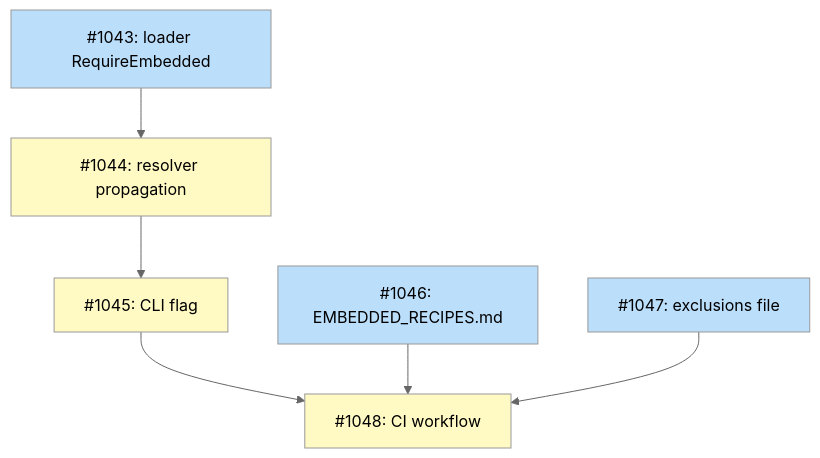
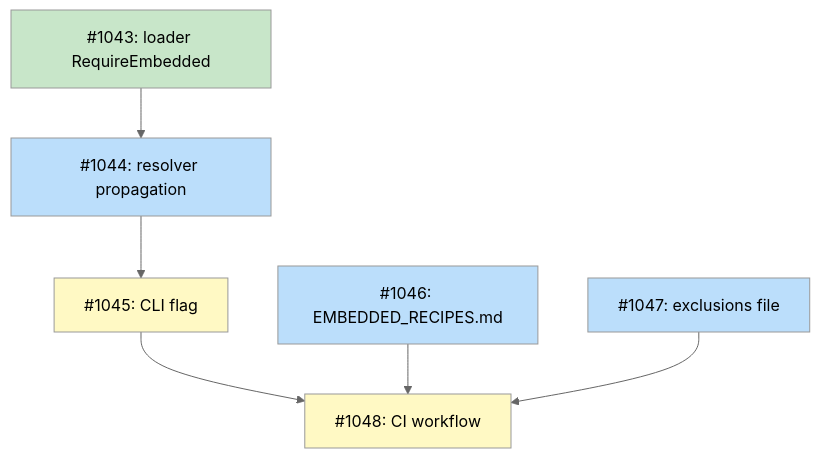
The diagram in docs/designs/DESIGN-embedded-recipe-list.md (tsukumogami/tsuku), drawn with Mermaid (neutral theme) before and after one commit.

Commit message:
docs(design): mark #1043 as done, update dependency status

````diff
--- a/docs/designs/DESIGN-embedded-recipe-list.md
+++ b/docs/designs/DESIGN-embedded-recipe-list.md
@@ -25,22 +25,23 @@
 ```mermaid
 graph TD
     1043["#1043: loader RequireEmbedded"]
     1044["#1044: resolver propagation"]
     1045["#1045: CLI flag"]
     1046["#1046: EMBEDDED_RECIPES.md"]
     1047["#1047: exclusions file"]
     1048["#1048: CI workflow"]
 
     1043 --> 1044
     1044 --> 1045
     1045 --> 1048
     1046 --> 1048
     1047 --> 1048
 
     classDef done fill:#c8e6c9
     classDef ready fill:#bbdefb
     classDef blocked fill:#fff9c4
 
-    class 1043,1046,1047 ready
-    class 1044,1045,1048 blocked
+    class 1043 done
+    class 1044,1046,1047 ready
+    class 1045,1048 blocked
 ```
````
